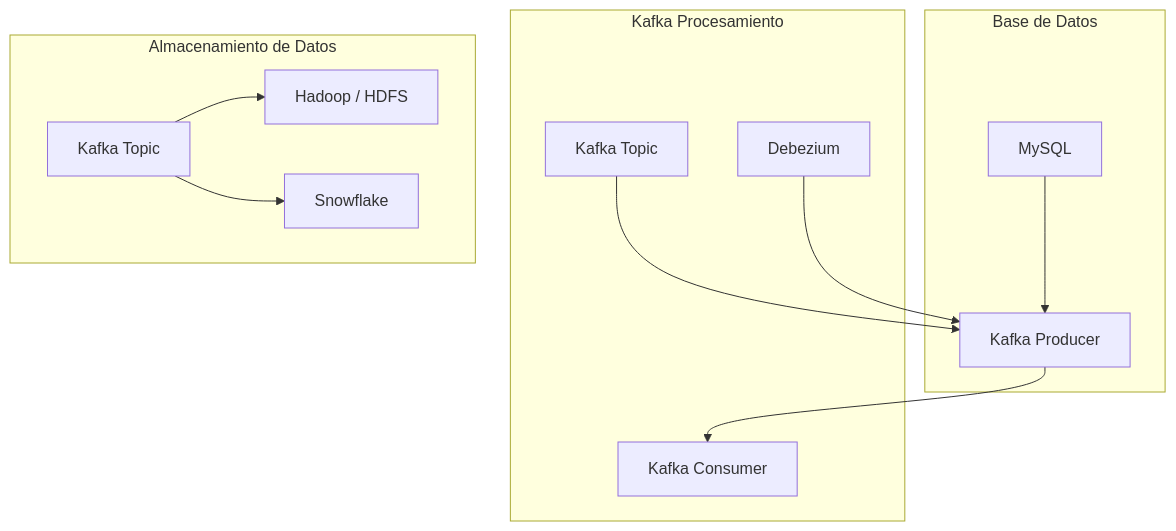
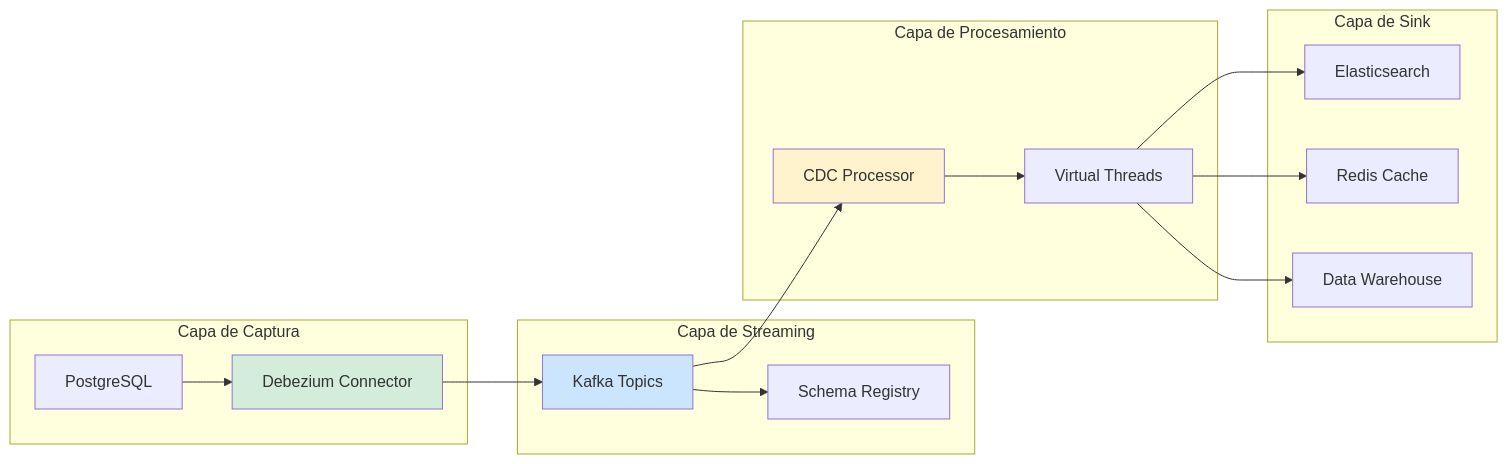
One commit to Joaquinriosheredia/DAM-Java-Mastery changed the second of 3 diagrams in _Review/cdc_con_debezium_y_kafka/cdc_con_debezium_y_kafka.md. Above: the diagram before and after it, drawn with Mermaid. The commit also changed other lines of this file, not shown here.

Commit message:
cdc_con_debezium_y_kafka.md

````diff
--- a/_Review/cdc_con_debezium_y_kafka/cdc_con_debezium_y_kafka.md
+++ b/_Review/cdc_con_debezium_y_kafka/cdc_con_debezium_y_kafka.md
@@ -132,15 +163,36 @@
 ```mermaid
-graph TD
-    subgraph BaseDatos[Base de Datos]
-        B1[MySQL] --> C2[Kafka Producer]
+graph LR
+    subgraph "Capa de Captura"
+        DB[PostgreSQL]
+        DEBEZIUM[Debezium Connector]
     end
-    subgraph Procesamiento[Kafka Procesamiento]
-        C1[Kafka Topic] --> C2
-        C2 --> C3[Kafka Consumer]
-        C4[Debezium] --> C2
+    
+    subgraph "Capa de Streaming"
+        KAFKA[Kafka Topics]
+        SCHEMA[Schema Registry]
     end
-    subgraph Almacenamiento[Almacenamiento de Datos]
-        C5[Kafka Topic] --> C6[Hadoop / HDFS]
-        C5 --> C7[Snowflake]
+    
+    subgraph "Capa de Procesamiento"
+        PROC[CDC Processor]
+        VT[Virtual Threads]
     end
+    
+    subgraph "Capa de Sink"
+        ES[Elasticsearch]
+        REDIS[Redis Cache]
+        DW[Data Warehouse]
+    end
+    
+    DB --> DEBEZIUM
+    DEBEZIUM --> KAFKA
+    KAFKA --> SCHEMA
+    KAFKA --> PROC
+    PROC --> VT
+    VT --> ES
+    VT --> REDIS
+    VT --> DW
+    
+    style DEBEZIUM fill:#d4edda
+    style KAFKA fill:#cce5ff
+    style PROC fill:#fff3cd
 ```
````
